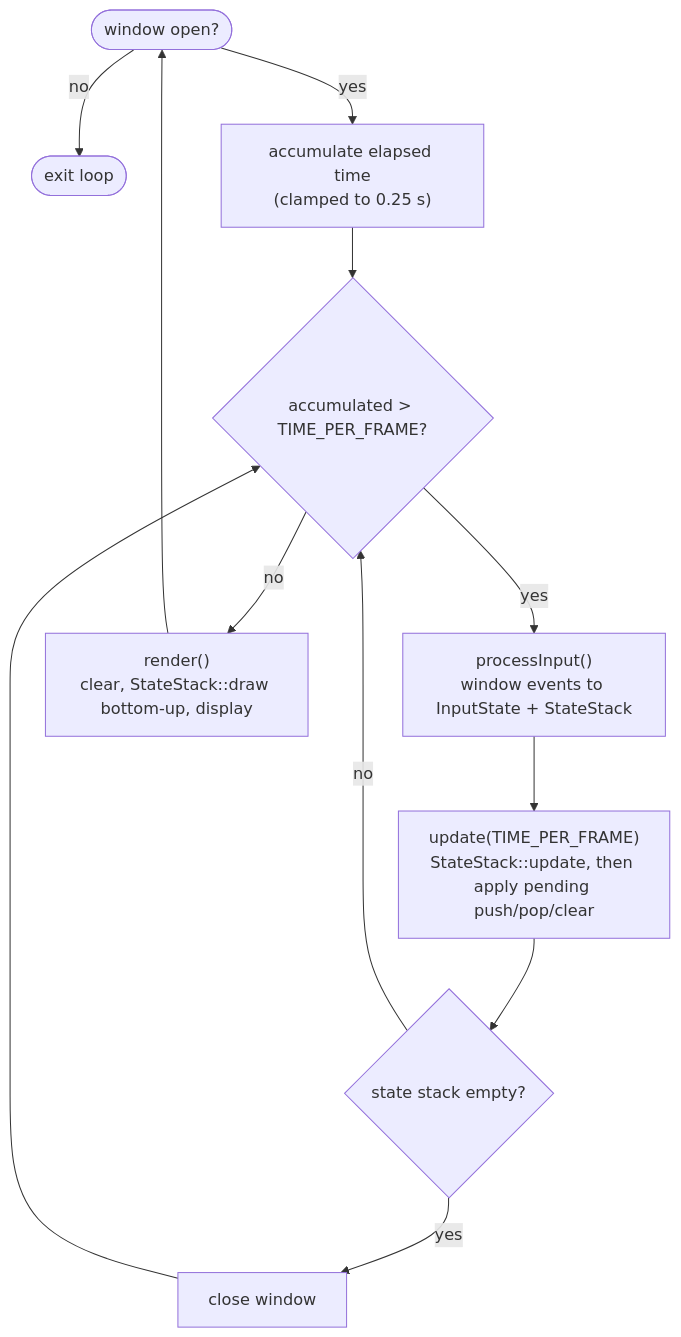
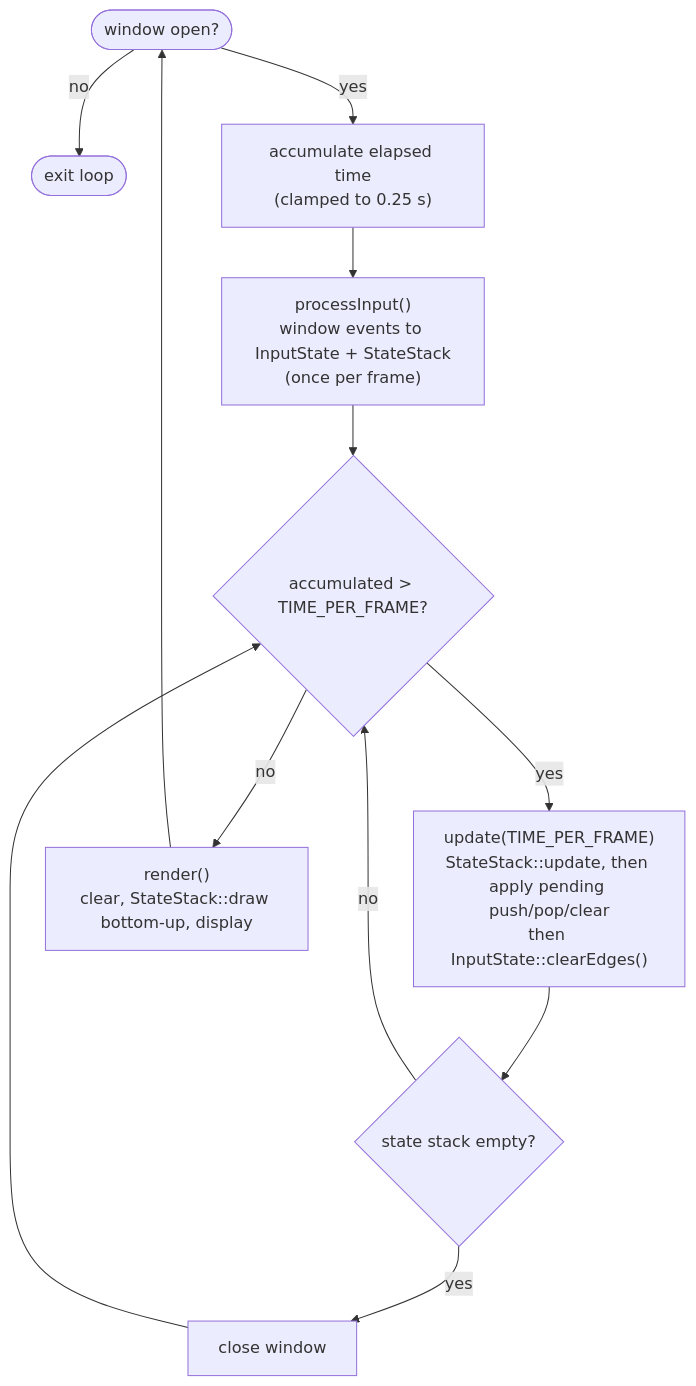
The eighth of 8 diagrams in ARCHITECTURE.md (H-Matthews/Project-HCH), drawn with Mermaid before and after one commit. The commit also changed other lines of this file and 10 other files, not shown here.

Commit message:
Removed the input processing from the inner while loop. Fixed stack bugs (like popping states when its empty)

````diff
--- a/ARCHITECTURE.md
+++ b/ARCHITECTURE.md
@@ -292,14 +292,14 @@
 ```mermaid
 flowchart TD
     A(["window open?"]) -->|no| Z(["exit loop"])
     A -->|yes| B["accumulate elapsed time<br/>(clamped to 0.25 s)"]
-    B --> C{"accumulated &gt; TIME_PER_FRAME?"}
-    C -->|yes| D["processInput()<br/>window events to InputState + StateStack"]
-    D --> F["update(TIME_PER_FRAME)<br/>StateStack::update, then apply pending push/pop/clear"]
+    B --> D["processInput()<br/>window events to InputState + StateStack<br/>(once per frame)"]
+    D --> C{"accumulated &gt; TIME_PER_FRAME?"}
+    C -->|yes| F["update(TIME_PER_FRAME)<br/>StateStack::update, then apply pending push/pop/clear<br/>then InputState::clearEdges()"]
     F --> G{"state stack empty?"}
     G -->|yes| H["close window"]
     G -->|no| C
     H --> C
     C -->|no| I["render()<br/>clear, StateStack::draw bottom-up, display"]
     I --> A
 ```
````
